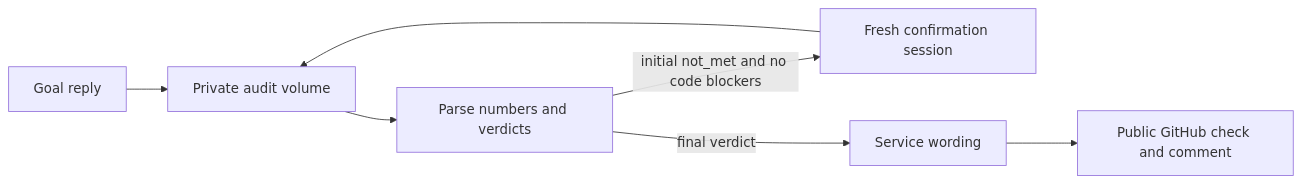
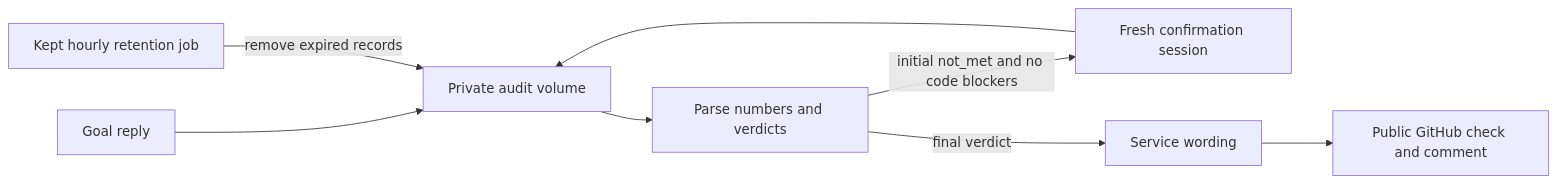
Before and after one commit to jomcgi-org/homelab: the fifth of 6 diagrams in projects/factory/ARCHITECTURE.md, drawn with Mermaid. The commit also changed other lines of this file and 9 other files, not shown here.

````diff
--- a/projects/factory/ARCHITECTURE.md
+++ b/projects/factory/ARCHITECTURE.md
@@ -2087,9 +2089,10 @@
   ```mermaid
   flowchart LR
     G[Goal reply] --> A[Private audit volume]
     A --> P[Parse numbers and verdicts]
     P -->|initial not_met and no code blockers| C[Fresh confirmation session]
     C --> A
     P -->|final verdict| S[Service wording]
     S --> H[Public GitHub check and comment]
+    R[Kept hourly retention job] -->|remove expired records| A
   ```
````
